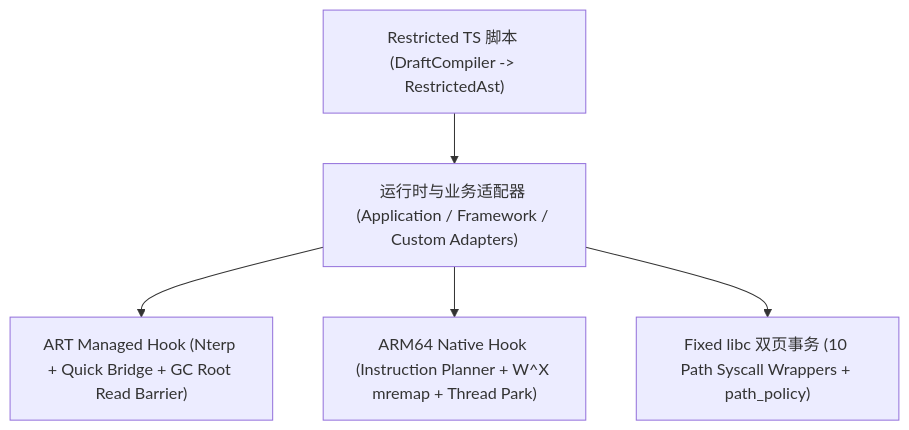
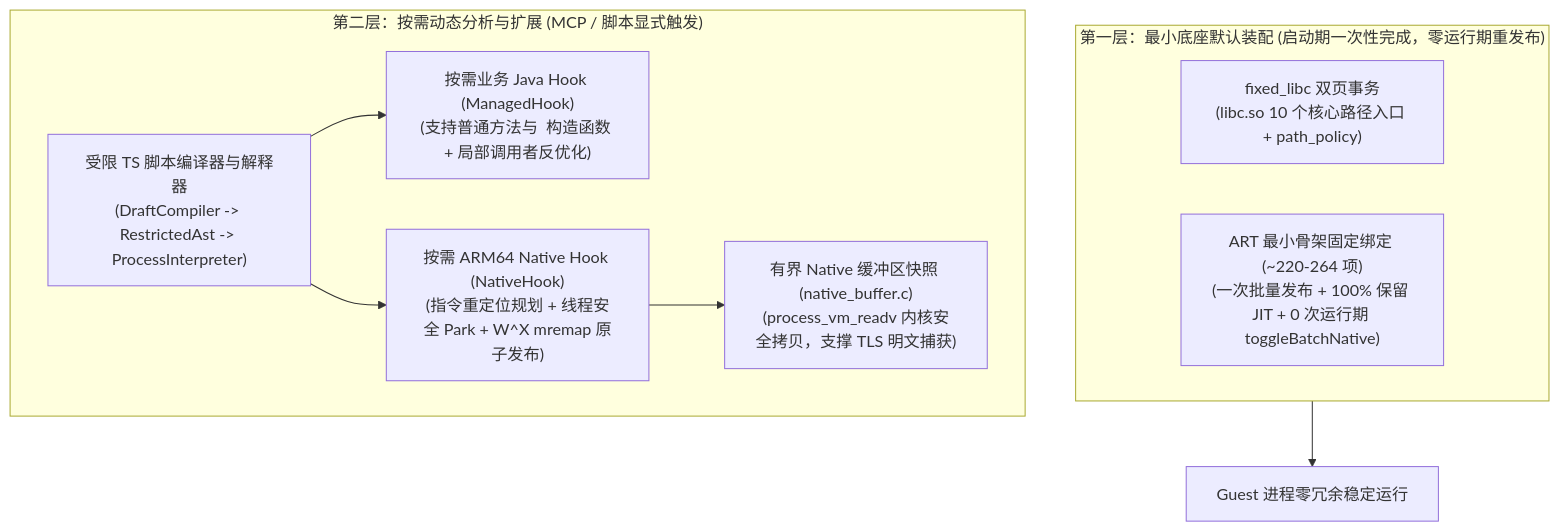
Before and after one commit to o0x1024/tripoder: the diagram in docs/self-hook-design.md, drawn with Mermaid. The commit also changed other lines of this file and 62 other files, not shown here.

Commit message:
feat(runtime,docs): consolidate two-tier architecture, opt-in capabilities, and commercial app boundaries

````diff
--- a/docs/self-hook-design.md
+++ b/docs/self-hook-design.md
@@ -11,13 +11,19 @@
 ```mermaid
 flowchart TD
-    Script["Restricted TS 脚本 (DraftCompiler -> RestrictedAst)"]
-    Adapter["运行时与业务适配器 (Application / Framework / Custom Adapters)"]
-    JavaHook["ART Managed Hook (Nterp + Quick Bridge + GC Root Read Barrier)"]
-    NativeHook["ARM64 Native Hook (Instruction Planner + W^X mremap + Thread Park)"]
-    FixedLibc["Fixed libc 双页事务 (10 Path Syscall Wrappers + path_policy)"]
+    subgraph DefaultBase["第一层：最小底座默认装配 (启动期一次性完成，零运行期重发布)"]
+        FixedLibc["fixed_libc 双页事务\n(libc.so 10 个核心路径入口 + path_policy)"]
+        SkeletonART["ART 最小骨架固定绑定 (~220-264 项)\n(一次批量发布 + 100% 保留 JIT + 0 次运行期 toggleBatchNative)"]
+    end
 
-    Script --> Adapter
-    Adapter --> JavaHook
-    Adapter --> NativeHook
-    Adapter --> FixedLibc
+    subgraph OptInDynamic["第二层：按需动态分析与扩展 (MCP / 脚本显式触发)"]
+        Script["受限 TS 脚本编译器与解释器\n(DraftCompiler -> RestrictedAst -> ProcessInterpreter)"]
+        DynamicJava["按需业务 Java Hook (ManagedHook)\n(支持普通方法与 <init> 构造函数 + 局部调用者反优化)"]
+        DynamicNative["按需 ARM64 Native Hook (NativeHook)\n(指令重定位规划 + 线程安全 Park + W^X mremap 原子发布)"]
+        NativeBuffer["有界 Native 缓冲区快照 (native_buffer.c)\n(process_vm_readv 内核安全拷贝，支撑 TLS 明文捕获)"]
+    end
+
+    DefaultBase --> Guest["Guest 进程零冗余稳定运行"]
+    Script --> DynamicJava
+    Script --> DynamicNative
+    DynamicNative --> NativeBuffer
 ```
````
